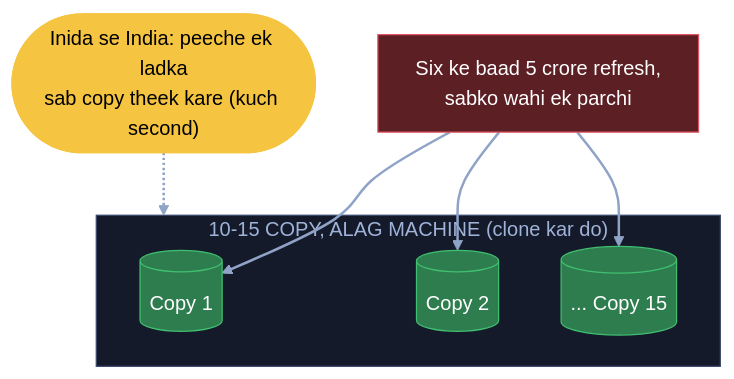
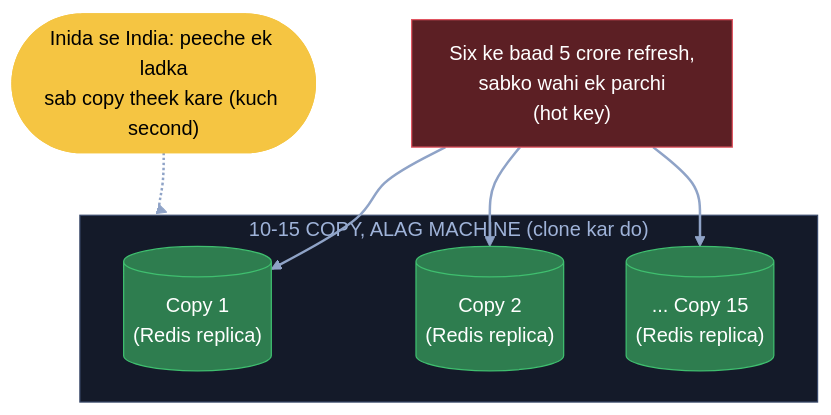
Before and after one commit to ArpanMaheshwari144/Prep: the fifth of 21 diagrams in 04_HLD/SYSTEM_DESIGNS/03_twitter_feed/03_twitter_feed.md, drawn with Mermaid. The commit also changed other lines of this file and 20 other files, not shown here.

Commit message:
HLD main files: diagram me kahani shabd + bracket me asli naam (21 design, 182 label)

````diff
--- a/04_HLD/SYSTEM_DESIGNS/03_twitter_feed/03_twitter_feed.md
+++ b/04_HLD/SYSTEM_DESIGNS/03_twitter_feed/03_twitter_feed.md
@@ -228,20 +228,20 @@
 ```mermaid
 flowchart TB
-    U["Six ke baad 5 crore refresh,<br/>sabko wahi ek parchi"]:::bad
+    U["Six ke baad 5 crore refresh,<br/>sabko wahi ek parchi<br/>(hot key)"]:::bad
     subgraph CL["10-15 COPY, ALAG MACHINE (clone kar do)"]
-        C1[("Copy 1")]:::good
-        C2[("Copy 2")]:::good
-        CN[("... Copy 15")]:::good
+        C1[("Copy 1<br/>(Redis replica)")]:::good
+        C2[("Copy 2<br/>(Redis replica)")]:::good
+        CN[("... Copy 15<br/>(Redis replica)")]:::good
     end
     L(["Inida se India: peeche ek ladka<br/>sab copy theek kare (kuch second)"]):::pill
     U --> C1
     U --> C2
     U --> CN
     L -.-> CL
     linkStyle default stroke:#8fa3c7,stroke-width:2px
     classDef card fill:#1e2638,stroke:#3a4a6b,color:#e8ecf5
     classDef pill fill:#f5c542,stroke:#f5c542,color:#000
     classDef good fill:#2e7d4f,stroke:#3fbf6f,color:#fff
     classDef bad fill:#5c1f24,stroke:#e05561,color:#fff
     style CL fill:#141a29,stroke:#3a4a6b,color:#9fb3d9
 ```
````
